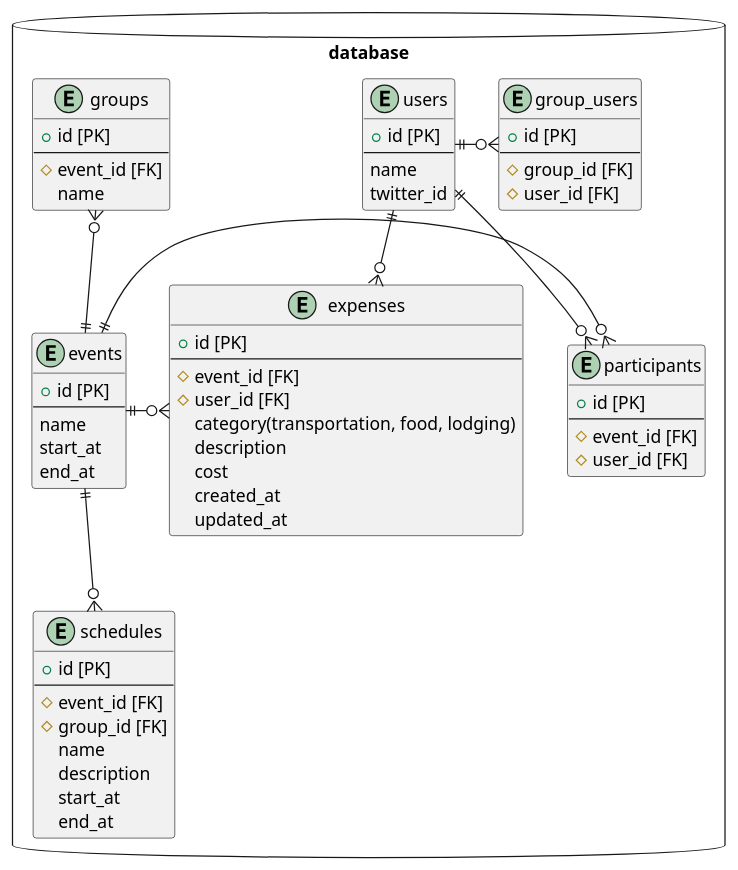
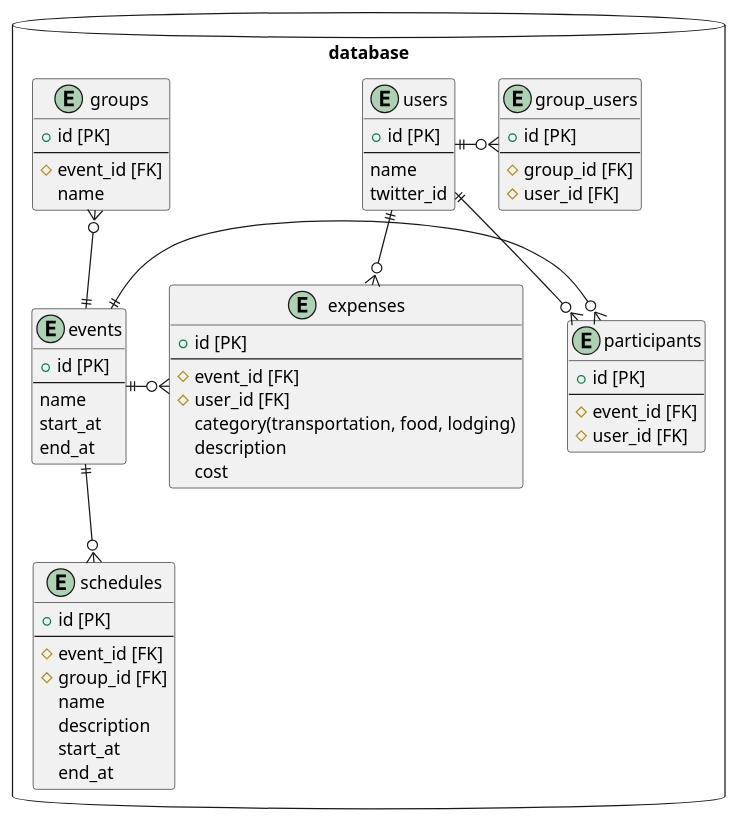
The diagram in docs/schema.md (tomocrafter/tispa-backend), drawn with PlantUML before and after one commit.

Commit message:
docs: 作成・更新日時のカラム削除

````diff
--- a/docs/schema.md
+++ b/docs/schema.md
@@ -3,75 +3,73 @@
 ```plantuml
 @startuml
 
 package database <<Database>> {
   entity users {
     + id [PK]
     ---
     name
     twitter_id
   }
 
   entity events {
     + id [PK]
     ---
     name
     start_at
     end_at
   }
 
   entity participants {
     + id [PK]
     ---
     # event_id [FK]
     # user_id [FK]
   }
 
   entity groups {
     + id [PK]
     ---
     # event_id [FK]
     name
   }
 
   entity group_users {
     + id [PK]
     ---
     # group_id [FK]
     # user_id [FK]
   }
 
   entity schedules {
     + id [PK]
     ---
     # event_id [FK]
     # group_id [FK]
     name
     description
     start_at
     end_at
   }
 
   entity expenses {
     + id [PK]
     ---
     # event_id [FK]
     # user_id [FK]
     category(transportation, food, lodging)
     description
     cost
-    created_at
-    updated_at
   }
 }
 
 users ||-d-o{ participants
 users ||-r-o{ group_users
 users ||-o{ expenses
 
 events ||-l-o{ participants
 events ||-u-o{ groups
 events ||-d-o{ schedules
 events ||-o{ expenses
 
 @enduml
 ```
````
